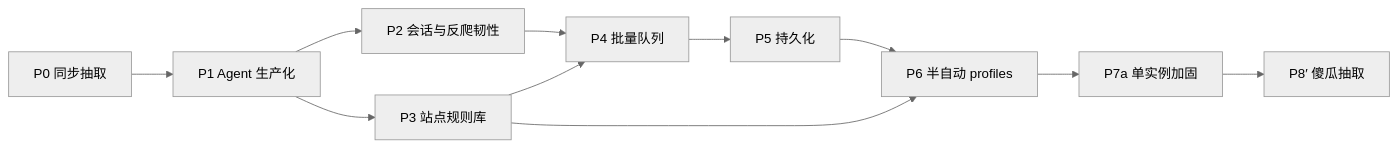
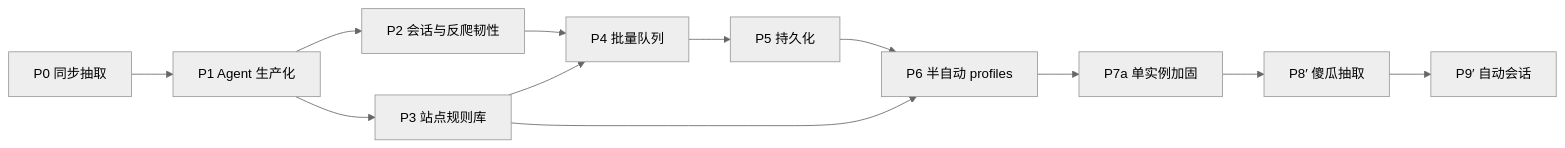
One commit to Ever12349/arachne changed the diagram in docs/DESIGN.md. Above: the diagram before and after it, drawn with Mermaid (neutral theme). The commit also changed other lines of this file and 15 other files, not shown here.

````diff
--- a/docs/DESIGN.md
+++ b/docs/DESIGN.md
@@ -710,13 +738,14 @@
 ```mermaid
 flowchart LR
   P0[P0 同步抽取] --> P1[P1 Agent 生产化]
   P1 --> P2[P2 会话与反爬韧性]
   P1 --> P3[P3 站点规则库]
   P2 --> P4[P4 批量队列]
   P3 --> P4
   P4 --> P5[P5 持久化]
   P3 --> P6[P6 半自动 profiles]
   P5 --> P6
   P6 --> P7[P7a 单实例加固]
   P7 --> P8[P8′ 傻瓜抽取]
+  P8 --> P9[P9′ 自动会话]
 ```
````
